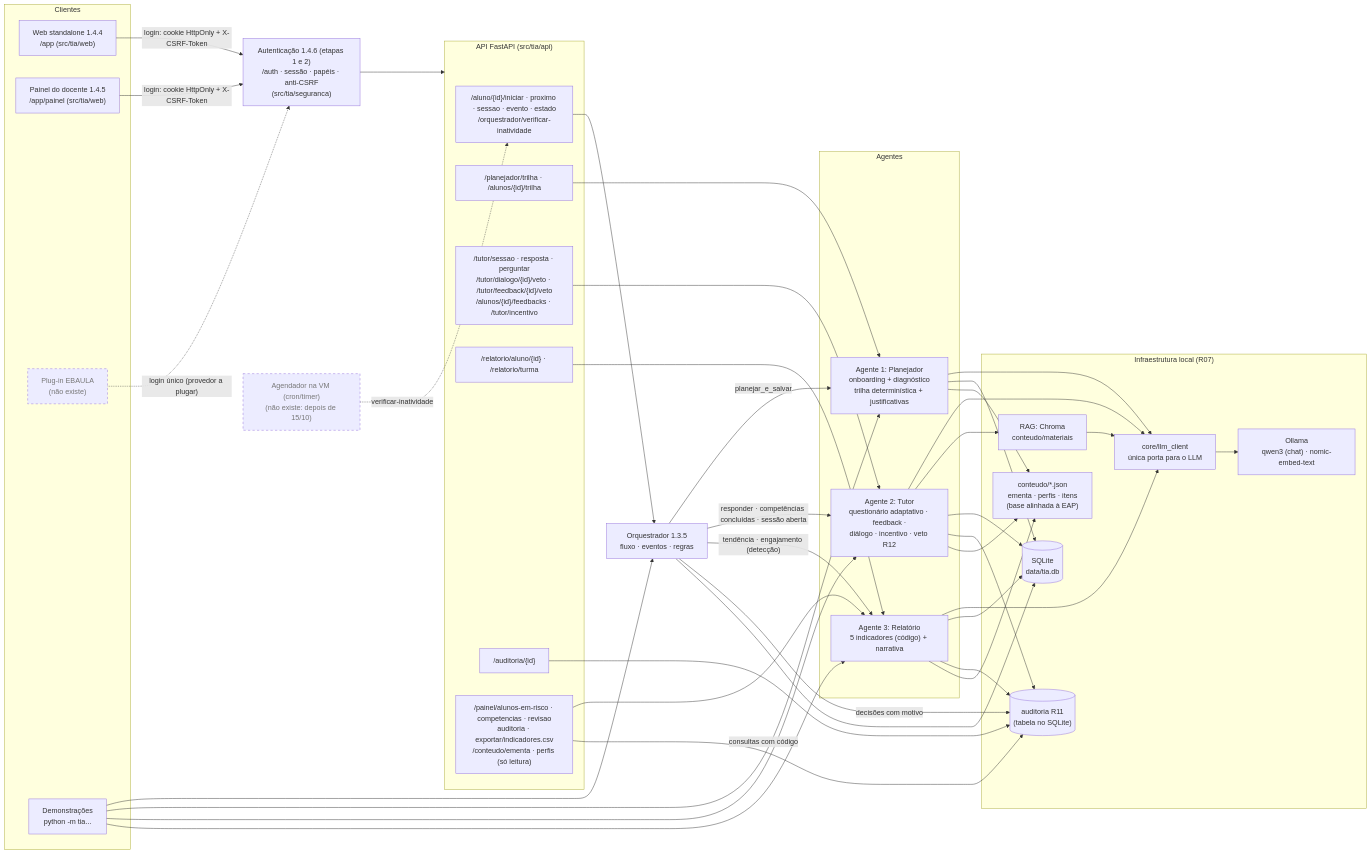
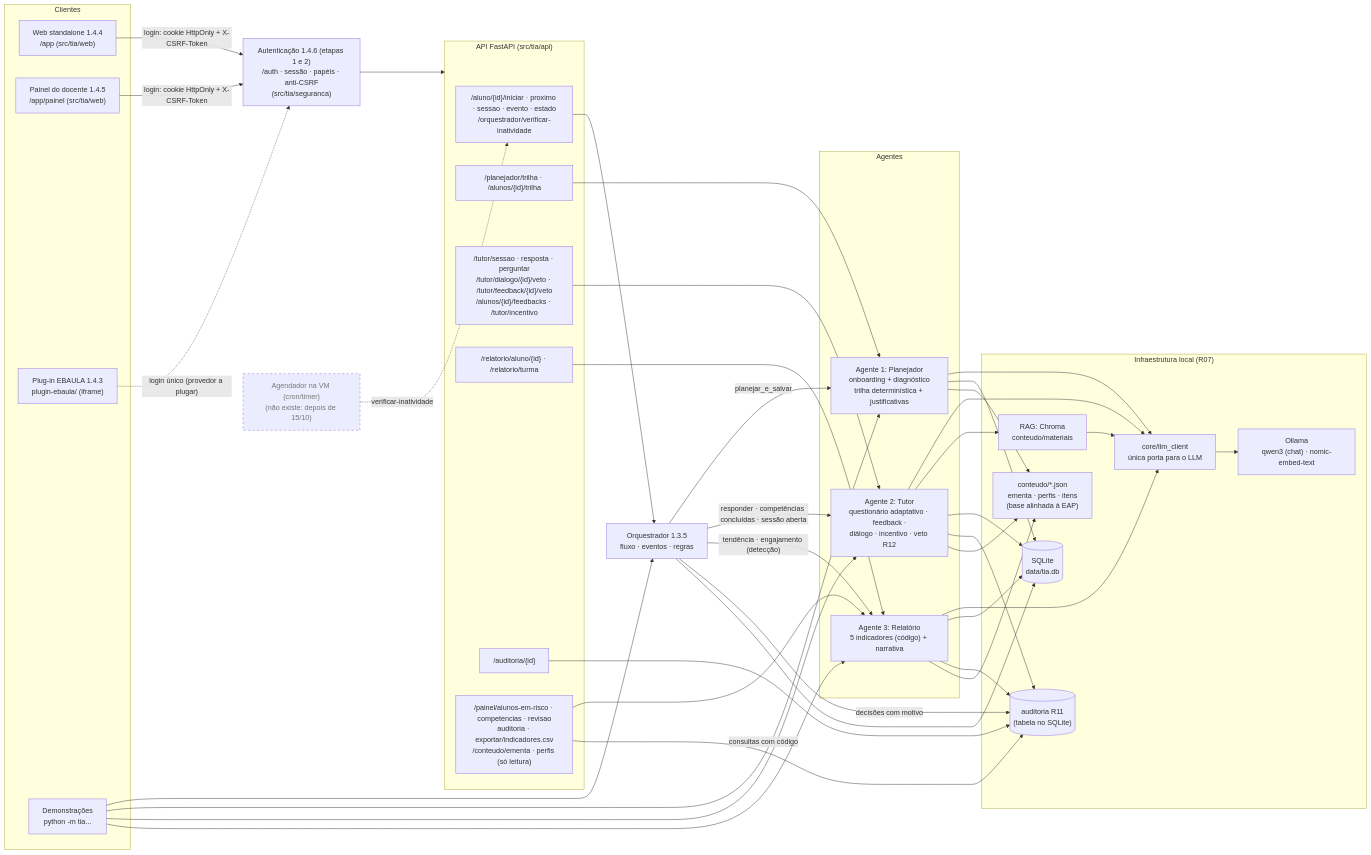
The first of 2 diagrams in docs/arquitetura/arquitetura.md (AdrianoPortes403/tia-projeto), drawn with Mermaid before and after one commit. The commit also changed other lines of this file and 16 other files, not shown here.

First line of the commit message:
Plug-in do TIA para o EBAULA (EAP 1.4.3)

````diff
--- a/docs/arquitetura/arquitetura.md
+++ b/docs/arquitetura/arquitetura.md
@@ -14,67 +14,67 @@
 ```mermaid
 flowchart LR
     subgraph Clientes
         WEB["Web standalone 1.4.4<br/>/app (src/tia/web)"]
         DASH["Painel do docente 1.4.5<br/>/app/painel (src/tia/web)"]
-        EBA["Plug-in EBAULA<br/>(não existe)"]:::futuro
+        EBA["Plug-in EBAULA 1.4.3<br/>plugin-ebaula/ (iframe)"]
         CLI["Demonstrações<br/>python -m tia..."]
     end
 
     AUTH["Autenticação 1.4.6 (etapas 1 e 2)<br/>/auth · sessão · papéis · anti-CSRF<br/>(src/tia/seguranca)"]
     CRON["Agendador na VM (cron/timer)<br/>(não existe: depois de 15/10)"]:::futuro
 
     subgraph API["API FastAPI (src/tia/api)"]
         RORQ["/aluno/{id}/iniciar · proximo · sessao · evento · estado<br/>/orquestrador/verificar-inatividade"]
         RPLAN["/planejador/trilha · /alunos/{id}/trilha"]
         RTUT["/tutor/sessao · resposta · perguntar<br/>/tutor/dialogo/{id}/veto · /tutor/feedback/{id}/veto<br/>/alunos/{id}/feedbacks · /tutor/incentivo"]
         RREL["/relatorio/aluno/{id} · /relatorio/turma"]
         RAUD["/auditoria/{id}"]
         RPAI["/painel/alunos-em-risco · competencias · revisao<br/>auditoria · exportar/indicadores.csv<br/>/conteudo/ementa · perfis (só leitura)"]
     end
 
     ORQ["Orquestrador 1.3.5<br/>fluxo · eventos · regras"]
 
     subgraph Agentes
         A1["Agente 1: Planejador<br/>onboarding + diagnóstico<br/>trilha determinística + justificativas"]
         A2["Agente 2: Tutor<br/>questionário adaptativo · feedback ·<br/>diálogo · incentivo · veto R12"]
         A3["Agente 3: Relatório<br/>5 indicadores (código) + narrativa"]
     end
 
     subgraph Infra["Infraestrutura local (R07)"]
         LLM["core/llm_client<br/>única porta para o LLM"]
         OLL["Ollama<br/>qwen3 (chat) · nomic-embed-text"]
         RAG["RAG: Chroma<br/>conteudo/materiais"]
         DB[("SQLite<br/>data/tia.db")]
         AUD[("auditoria R11<br/>(tabela no SQLite)")]
         CONT["conteudo/*.json<br/>ementa · perfis · itens<br/>(base alinhada à EAP)"]
     end
 
     WEB & DASH -->|"login: cookie HttpOnly + X-CSRF-Token"| AUTH --> API
     EBA -.->|"login único (provedor a plugar)"| AUTH
     CRON -.->|"verificar-inatividade"| RORQ
     CLI --> ORQ & A1 & A2 & A3
     RORQ --> ORQ
     RPLAN --> A1
     RTUT --> A2
     RREL --> A3
     RAUD --> AUD
     RPAI --> A3
     RPAI -->|"consultas com código"| AUD
 
     ORQ -->|"planejar_e_salvar"| A1
     ORQ -->|"responder · competências concluídas · sessão aberta"| A2
     ORQ -->|"tendência · engajamento (detecção)"| A3
     ORQ -->|"decisões com motivo"| AUD
 
     A1 --> LLM
     A2 --> LLM
     A3 --> LLM
     A2 --> RAG
     RAG --> LLM
     LLM --> OLL
     A1 & A2 & A3 & ORQ --> DB
     A2 & A3 --> AUD
     A1 & A2 & A3 --> CONT
 
     classDef futuro stroke-dasharray: 5 5,color:#777
 ```
````
